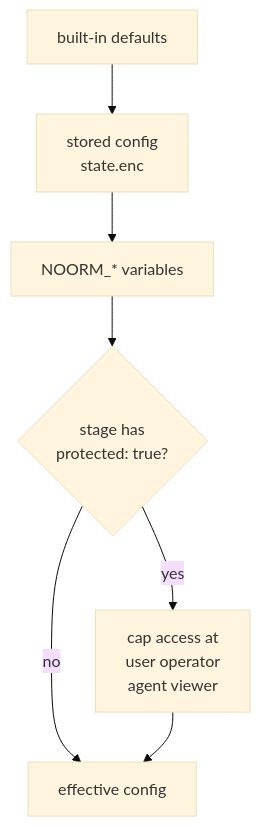
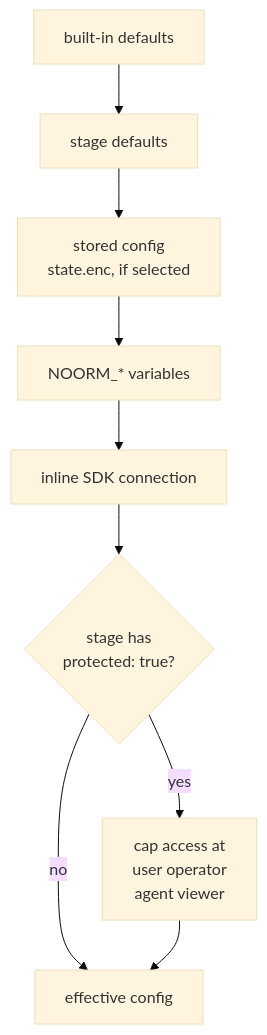
The diagram in docs/guide/environments/stages.md (noormdev/noorm), drawn with Mermaid (base theme) before and after one commit. The commit also changed other lines of this file and 31 other files, not shown here.

Commit message:
docs: refresh config and connection guidance

````diff
--- a/docs/guide/environments/stages.md
+++ b/docs/guide/environments/stages.md
@@ -54,9 +56,11 @@
 ```mermaid
 flowchart TD
-    D["built-in defaults"] --> C["stored config<br/>state.enc"]
+    D["built-in defaults"] --> S["stage defaults"]
+    S --> C["stored config<br/>state.enc, if selected"]
     C --> E["NOORM_* variables"]
-    E --> P{"stage has<br/>protected: true?"}
+    E --> I["inline SDK connection"]
+    I --> P{"stage has<br/>protected: true?"}
     P -->|yes| K["cap access at<br/>user operator<br/>agent viewer"]
     P -->|no| R["effective config"]
     K --> R
 ```
````
